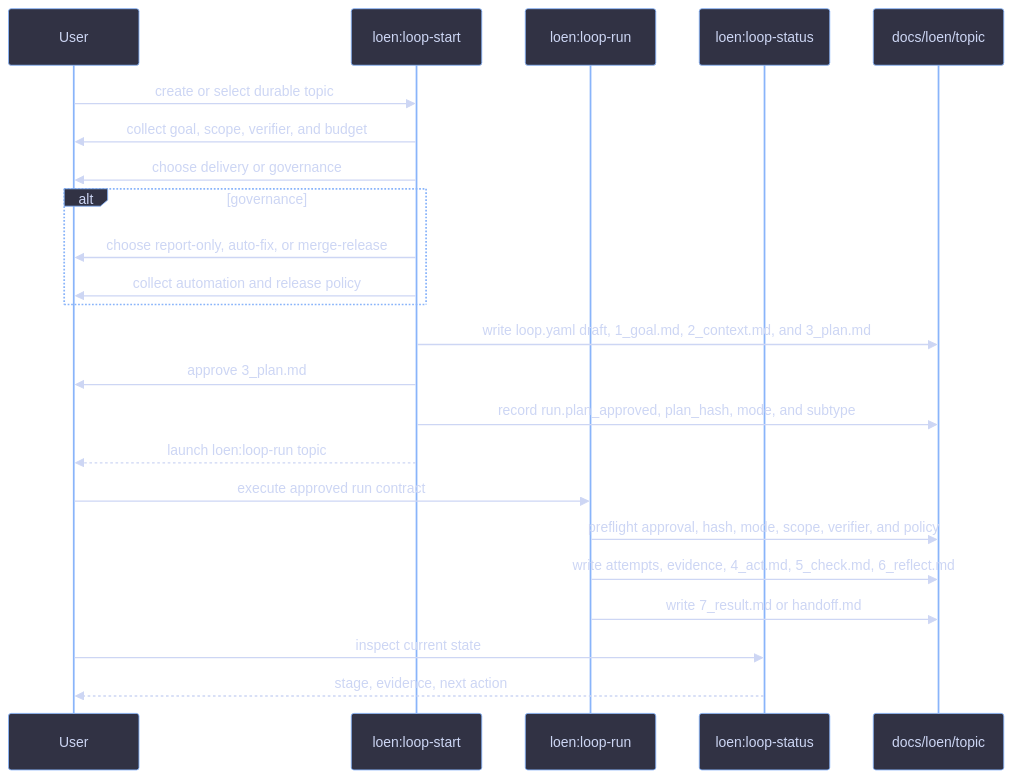
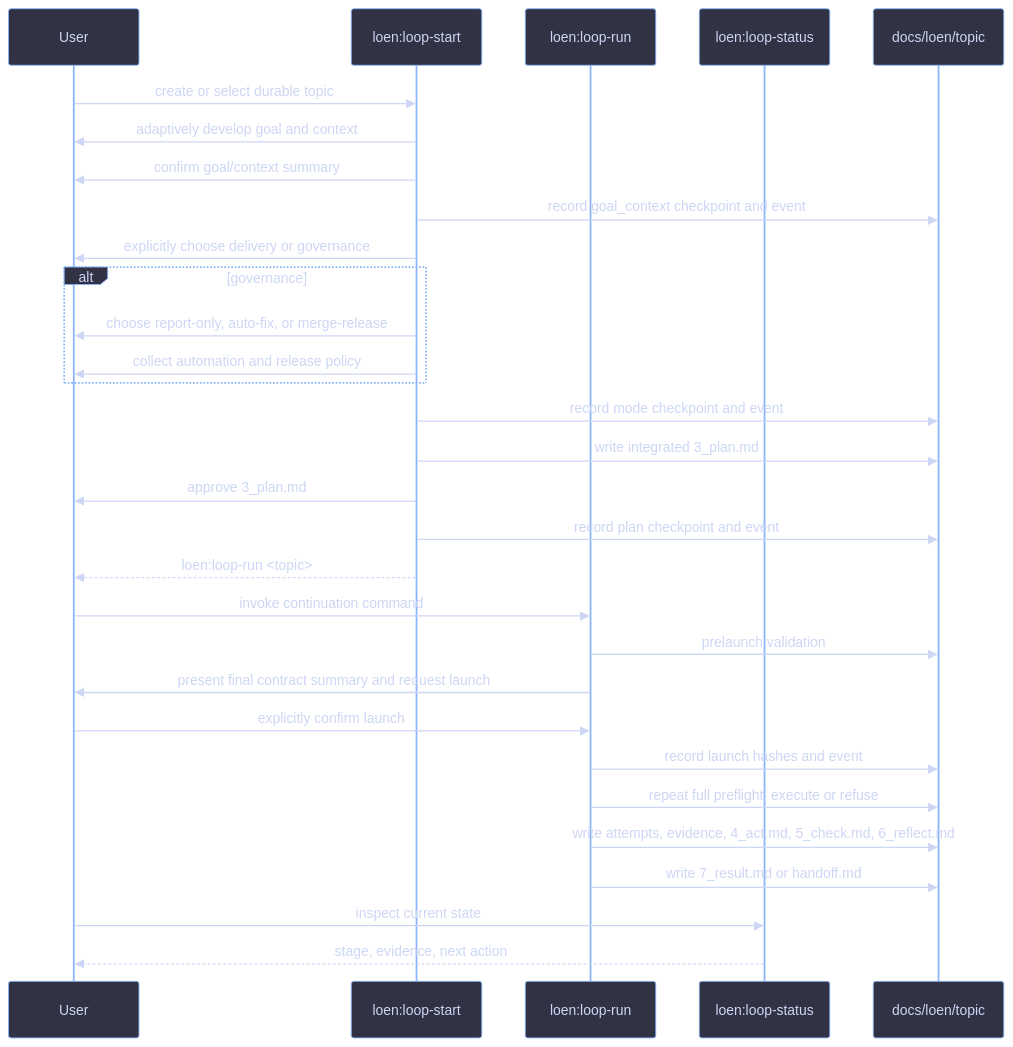
The first of 2 diagrams in .codex-isolated/plugins/cache/ikeniborn/loen/0.2.0/README.md (ikeniborn/icodex), drawn with Mermaid before and after one commit. The commit also changed other lines of this file and 29 other files, not shown here.

````diff
--- a/.codex-isolated/plugins/cache/ikeniborn/loen/0.2.0/README.md
+++ b/.codex-isolated/plugins/cache/ikeniborn/loen/0.2.0/README.md
@@ -80,27 +83,34 @@
 ```mermaid
 %%{init: {'theme': 'base', 'themeVariables': {'background': '#1e1e2e', 'primaryColor': '#313244', 'primaryTextColor': '#cdd6f4', 'primaryBorderColor': '#89b4fa', 'lineColor': '#888888', 'secondaryColor': '#181825', 'tertiaryColor': '#45475a'}}}%%
 sequenceDiagram
     participant User as User
     participant Start as loen:loop-start
     participant Run as loen:loop-run
     participant Status as loen:loop-status
     participant Files as docs/loen/topic
 
     User->>Start: create or select durable topic
-    Start->>User: collect goal, scope, verifier, and budget
-    Start->>User: choose delivery or governance
+    Start->>User: adaptively develop goal and context
+    Start->>User: confirm goal/context summary
+    Start->>Files: record goal_context checkpoint and event
+    Start->>User: explicitly choose delivery or governance
     alt governance
         Start->>User: choose report-only, auto-fix, or merge-release
         Start->>User: collect automation and release policy
     end
-    Start->>Files: write loop.yaml draft, 1_goal.md, 2_context.md, and 3_plan.md
+    Start->>Files: record mode checkpoint and event
+    Start->>Files: write integrated 3_plan.md
     Start->>User: approve 3_plan.md
-    Start->>Files: record run.plan_approved, plan_hash, mode, and subtype
-    Start-->>User: launch loen:loop-run topic
-    User->>Run: execute approved run contract
-    Run->>Files: preflight approval, hash, mode, scope, verifier, and policy
+    Start->>Files: record plan checkpoint and event
+    Start-->>User: loen:loop-run #60;topic#62;
+    User->>Run: invoke continuation command
+    Run->>Files: prelaunch validation
+    Run->>User: present final contract summary and request launch
+    User->>Run: explicitly confirm launch
+    Run->>Files: record launch hashes and event
+    Run->>Files: repeat full preflight, execute or refuse
     Run->>Files: write attempts, evidence, 4_act.md, 5_check.md, 6_reflect.md
     Run->>Files: write 7_result.md or handoff.md
     User->>Status: inspect current state
     Status-->>User: stage, evidence, next action
 ```
````
